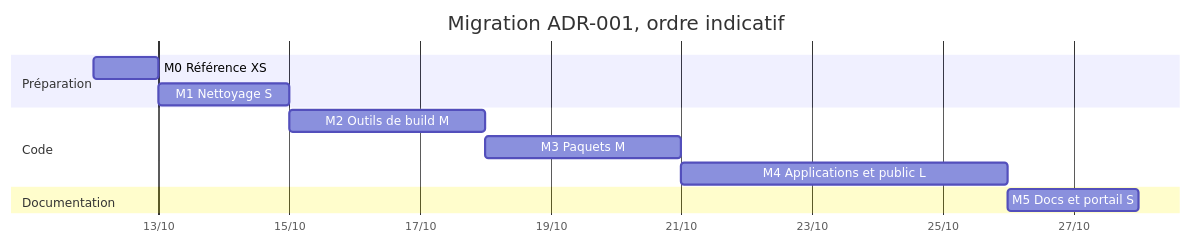
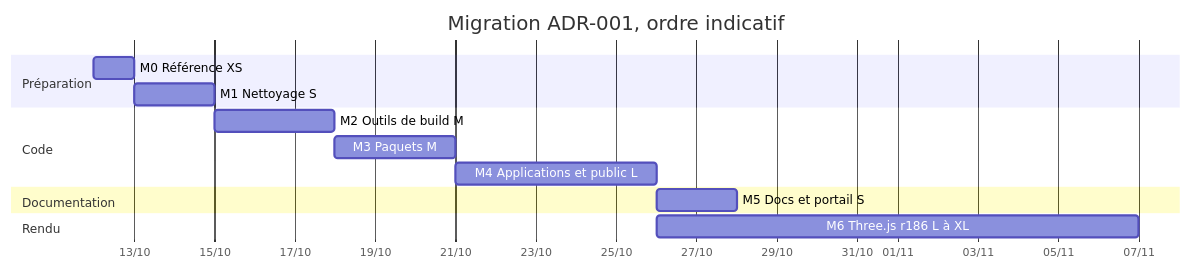
One commit to mcgivrer/csblog changed the sixth of 11 diagrams in demos/space-travel/docs/ADRs/ADR-001-refactoring.md. Above: the diagram before and after it, drawn with Mermaid. The commit also changed other lines of this file and 2 other files, not shown here.

First line of the commit message:
ADR-001 : migration vers Three.js r186 (inventaire d'API, option A bundle IIFE, phase M6)

````diff
--- a/demos/space-travel/docs/ADRs/ADR-001-refactoring.md
+++ b/demos/space-travel/docs/ADRs/ADR-001-refactoring.md
@@ -376,15 +399,17 @@
 ```mermaid
 gantt
   title Migration ADR-001, ordre indicatif
   dateFormat YYYY-MM-DD
   axisFormat %d/%m
   section Préparation
   M0 Référence XS :m0, 2026-10-12, 1d
   M1 Nettoyage S :m1, after m0, 2d
   section Code
   M2 Outils de build M :m2, after m1, 3d
   M3 Paquets M :m3, after m2, 3d
   M4 Applications et public L :m4, after m3, 5d
   section Documentation
   M5 Docs et portail S :m5, after m4, 2d
+  section Rendu
+  M6 Three.js r186 L à XL :m6, after m4, 12d
 ```
````
